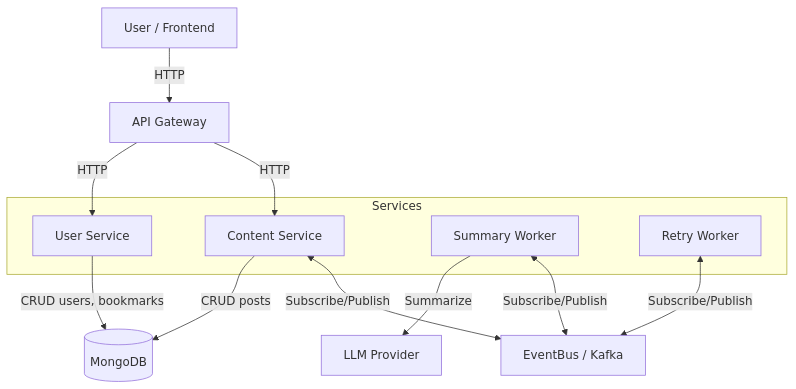
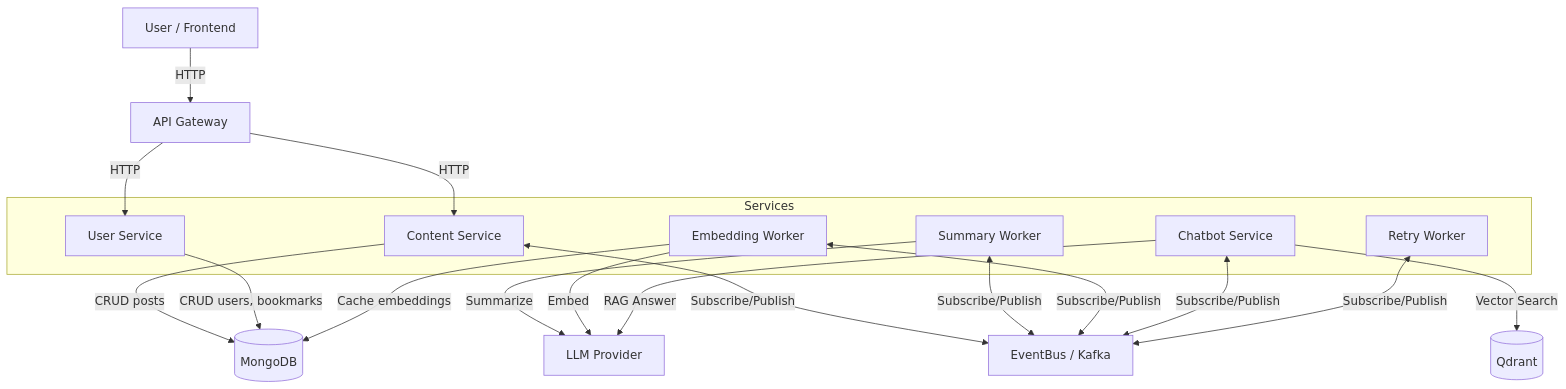
Before and after one commit to TechLetter/tech-letter: the first of 2 diagrams in README.md, drawn with Mermaid. The commit also changed other lines of this file and 42 other files, not shown here.

````diff
--- a/README.md
+++ b/README.md
@@ -45,24 +54,32 @@
 ```mermaid
 flowchart TB
     Client[User / Frontend] -->|HTTP| API[API Gateway]
     API -->|HTTP| CS[Content Service]
     API -->|HTTP| US[User Service]
 
     subgraph Services
         CS
         US
         SW[Summary Worker]
+        EW[Embedding Worker]
+        CBS[Chatbot Service]
         RW[Retry Worker]
     end
 
     CS <-->|Subscribe/Publish| EB[EventBus / Kafka]
     SW <-->|Subscribe/Publish| EB
+    EW <-->|Subscribe/Publish| EB
+    CBS <-->|Subscribe/Publish| EB
     RW <-->|Subscribe/Publish| EB
 
     %% DB 노드 모양을 관계 설정보다 먼저 명시하여 파싱 오류 방지
     DB[(MongoDB)]
 
     CS -->|CRUD posts| DB
     US -->|CRUD users, bookmarks| DB
+    EW -->|Cache embeddings| DB
     SW -->|Summarize| LLM[LLM Provider]
+    EW -->|Embed| LLM
+    CBS -->|RAG Answer| LLM
+    CBS -->|Vector Search| VDB[(Qdrant)]
 ```
````
